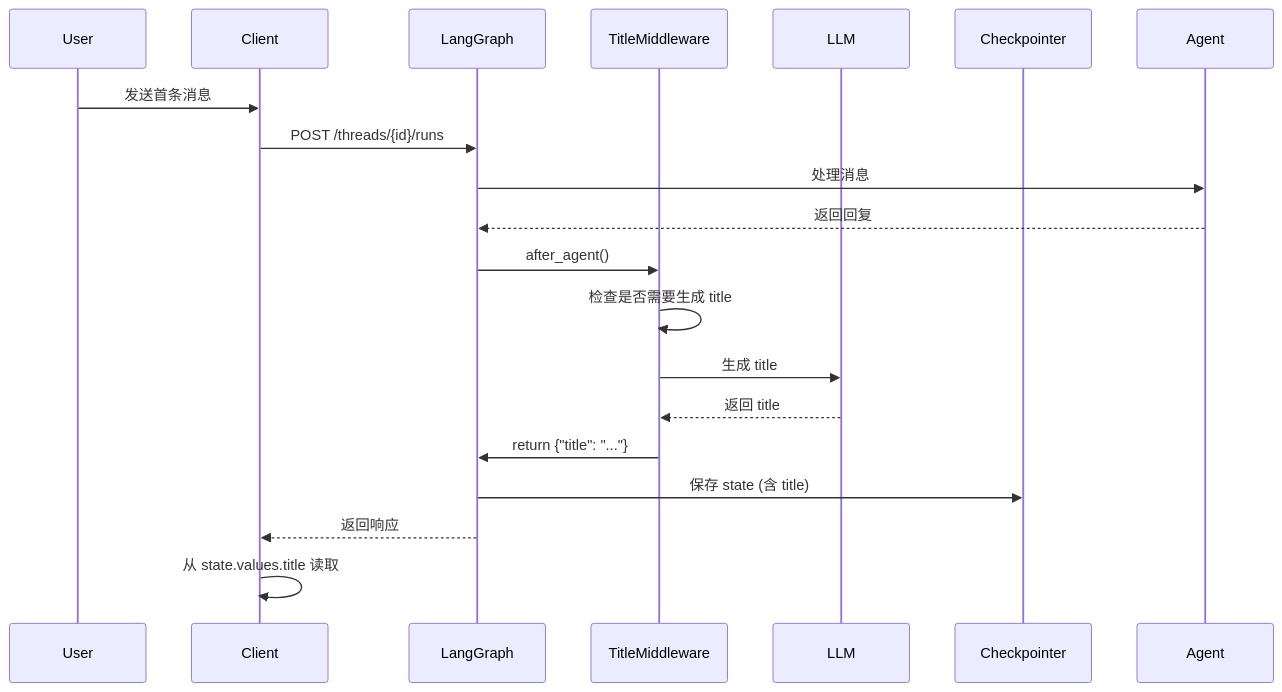
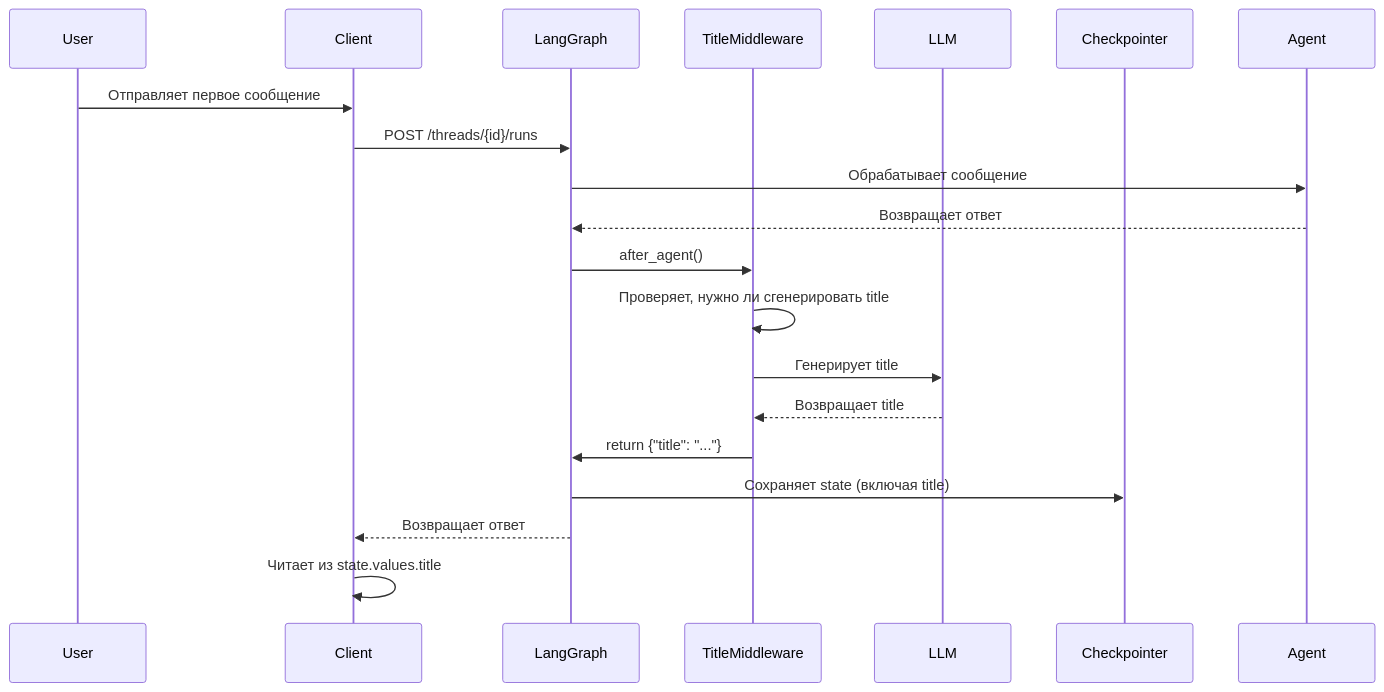
The diagram in backend/docs/AUTO_TITLE_GENERATION.md (DanielBobrov/yandex-deep-research), drawn with Mermaid before and after one commit. The commit also changed other lines of this file and 12 other files, not shown here.

````diff
--- a/backend/docs/AUTO_TITLE_GENERATION.md
+++ b/backend/docs/AUTO_TITLE_GENERATION.md
@@ -146,22 +146,22 @@
 ```mermaid
 sequenceDiagram
     participant User
     participant Client
     participant LangGraph
     participant TitleMiddleware
     participant LLM
     participant Checkpointer
 
-    User->>Client: 发送首条消息
+    User->>Client: Отправляет первое сообщение
     Client->>LangGraph: POST /threads/{id}/runs
-    LangGraph->>Agent: 处理消息
-    Agent-->>LangGraph: 返回回复
+    LangGraph->>Agent: Обрабатывает сообщение
+    Agent-->>LangGraph: Возвращает ответ
     LangGraph->>TitleMiddleware: after_agent()
-    TitleMiddleware->>TitleMiddleware: 检查是否需要生成 title
-    TitleMiddleware->>LLM: 生成 title
-    LLM-->>TitleMiddleware: 返回 title
+    TitleMiddleware->>TitleMiddleware: Проверяет, нужно ли сгенерировать title
+    TitleMiddleware->>LLM: Генерирует title
+    LLM-->>TitleMiddleware: Возвращает title
     TitleMiddleware->>LangGraph: return {"title": "..."}
-    LangGraph->>Checkpointer: 保存 state (含 title)
-    LangGraph-->>Client: 返回响应
-    Client->>Client: 从 state.values.title 读取
+    LangGraph->>Checkpointer: Сохраняет state (включая title)
+    LangGraph-->>Client: Возвращает ответ
+    Client->>Client: Читает из state.values.title
 ```
````
